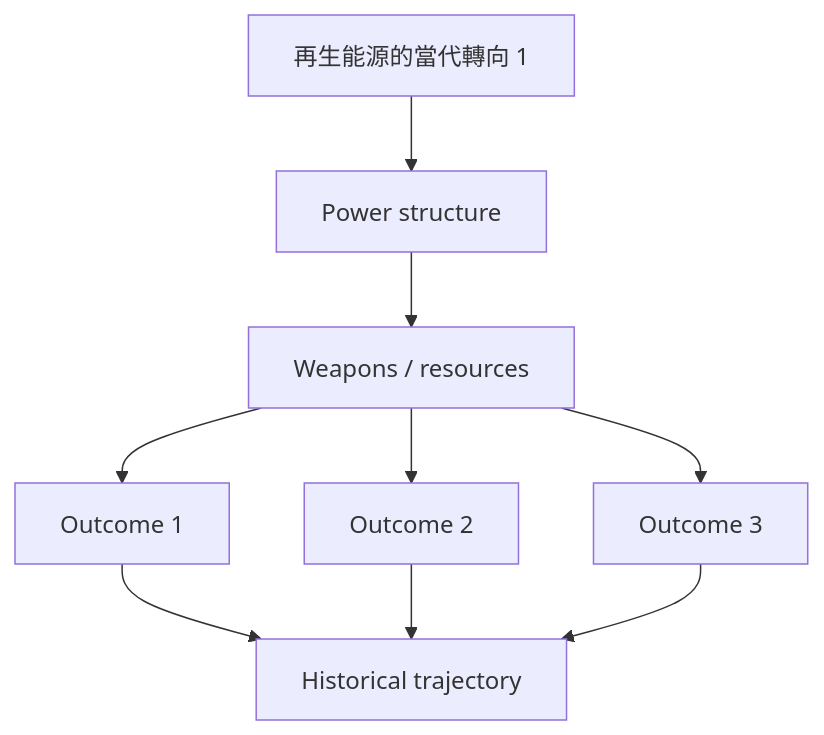
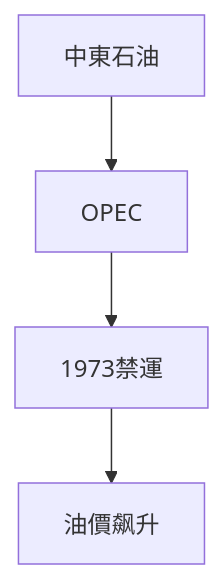
One commit to yip-lgtm/HKU-Harvard-History-Self-Study changed the fourth of 6 diagrams in 01_HKU_Courses/HIST2193_History_of_Energy.md. Above: the diagram before and after it, drawn with Mermaid. The commit also changed other lines of this file and 48 other files, not shown here.

````diff
--- a/01_HKU_Courses/HIST2193_History_of_Energy.md
+++ b/01_HKU_Courses/HIST2193_History_of_Energy.md
@@ -267,11 +121,6 @@
 ```mermaid
-graph TD
-    A[再生能源的當代轉向 1] --> B[Power structure]
-    B --> C[Weapons / resources]
-    C --> D[Outcome 1]
-    C --> E[Outcome 2]
-    C --> F[Outcome 3]
-    D --> G[Historical trajectory]
-    E --> G
-    F --> G
+flowchart TD
+    A[中東石油] --> B[OPEC]
+    B --> C[1973禁運]
+    C --> D[油價飙升]
 ```
````
